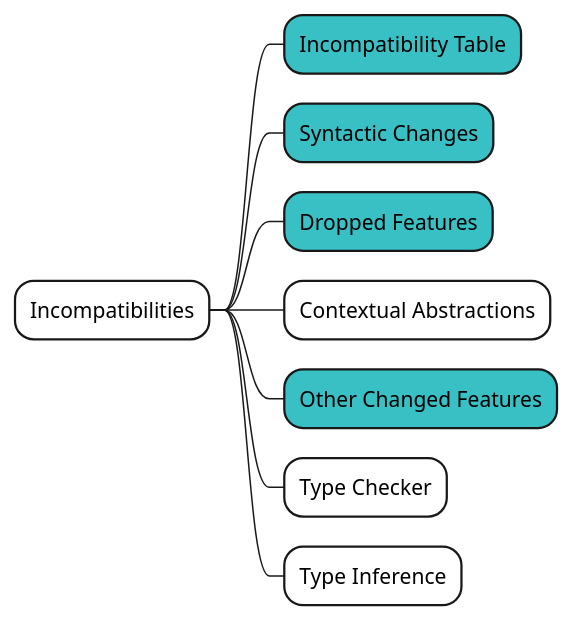
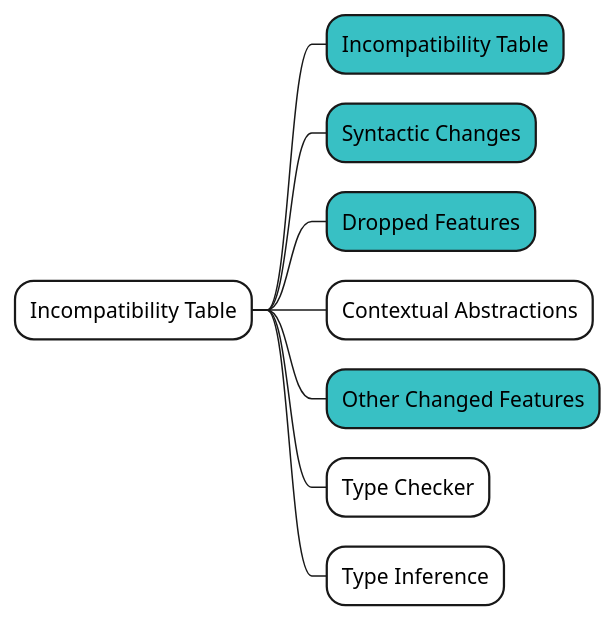
Before and after one commit to shinharad/getting-started-with-scala3: the seventh of 10 diagrams in docs/step01/04_Migration_guideを俯瞰してみる.md, drawn with PlantUML. The commit also changed other lines of this file and 3 other files, not shown here.

````diff
--- a/docs/step01/04_Migration_guideを俯瞰してみる.md
+++ b/docs/step01/04_Migration_guideを俯瞰してみる.md
@@ -84,12 +107,12 @@
 ```plantuml
 @startmindmap
-*[#fff] Incompatibilities
+*[#fff] Incompatibility Table
 **[#38c0c4] Incompatibility Table
 **[#38c0c4] Syntactic Changes
 **[#38c0c4] Dropped Features
 **[#fff] Contextual Abstractions
 **[#38c0c4] Other Changed Features
 **[#fff] Type Checker
 **[#fff] Type Inference
 @endmindmap
 ```
````
